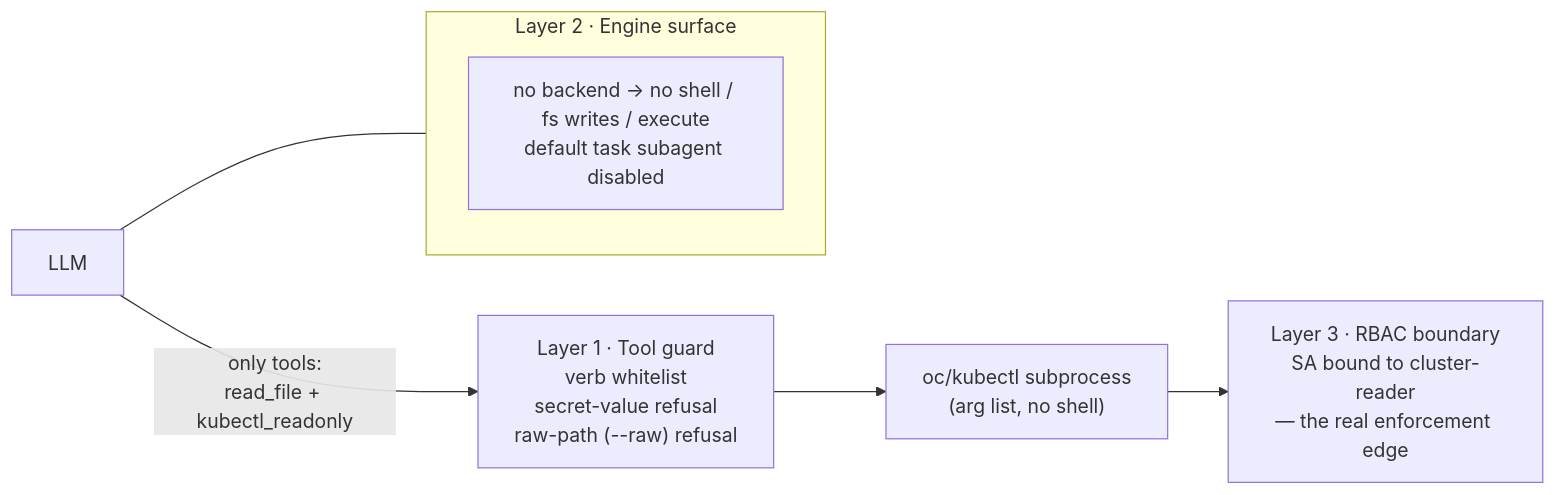
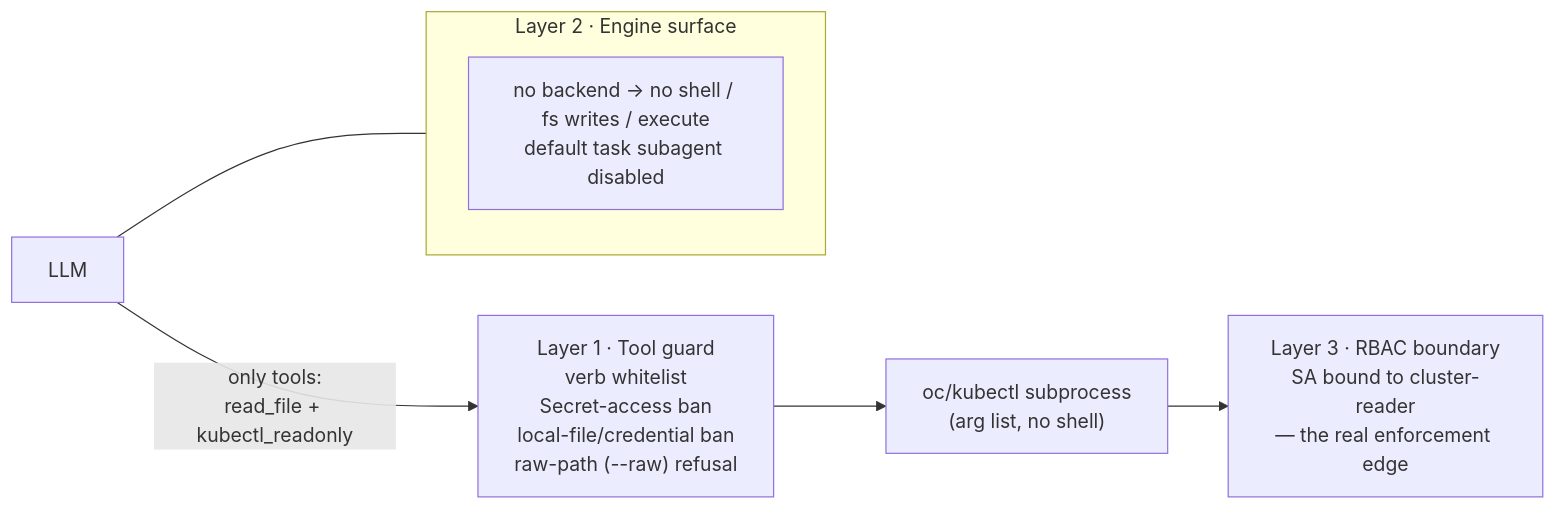
One commit to thoraxe/ols-patroller changed the second of 3 diagrams in ARCHITECTURE.md. Above: the diagram before and after it, drawn with Mermaid. The commit also changed other lines of this file and 11 other files, not shown here.

Commit message:
impl: ban Secret access in full (#33)

````diff
--- a/ARCHITECTURE.md
+++ b/ARCHITECTURE.md
@@ -48,10 +48,10 @@
 ```mermaid
 flowchart LR
-    M["LLM"] -->|"only tools:<br/>read_file + kubectl_readonly"| G["Layer 1 · Tool guard<br/>verb whitelist<br/>secret-value refusal<br/>raw-path (--raw) refusal"]
+    M["LLM"] -->|"only tools:<br/>read_file + kubectl_readonly"| G["Layer 1 · Tool guard<br/>verb whitelist<br/>Secret-access ban<br/>local-file/credential ban<br/>raw-path (--raw) refusal"]
     G --> CLI["oc/kubectl subprocess<br/>(arg list, no shell)"]
     CLI --> R["Layer 3 · RBAC boundary<br/>SA bound to cluster-reader<br/>— the real enforcement edge"]
     subgraph E["Layer 2 · Engine surface"]
         T["no backend → no shell / fs writes / execute<br/>default task subagent disabled"]
     end
     M --- E
 ```
````
